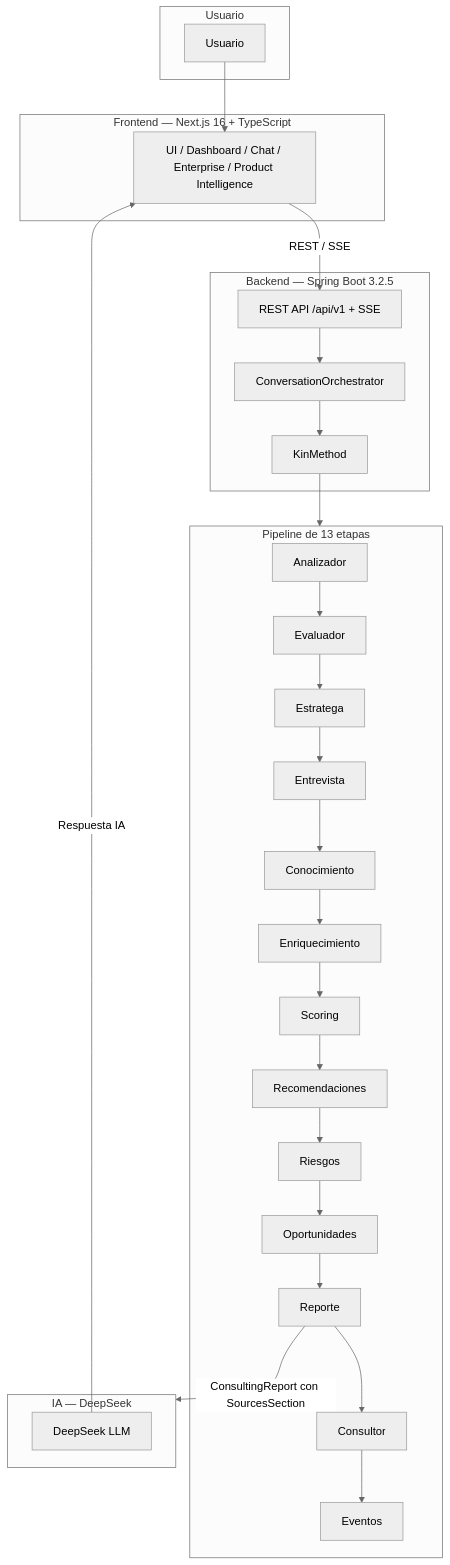
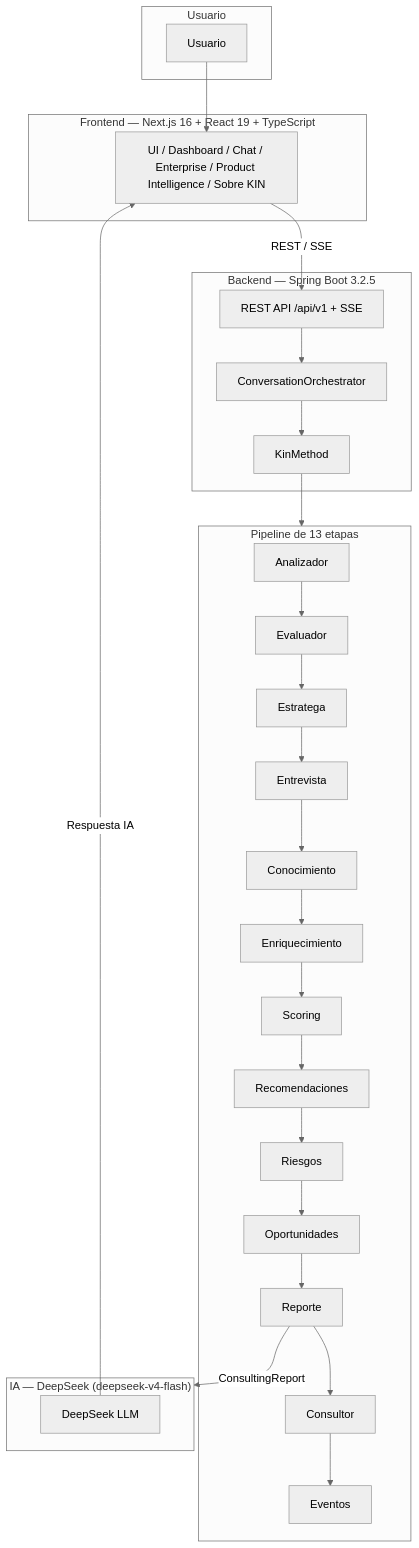
Before and after one commit to LuisAIDev/kin-platform: the diagram in README.md, drawn with Mermaid (neutral theme). The commit also changed other lines of this file, not shown here.

Commit message:
docs: rewrite README as enterprise-grade technical showcase

````diff
--- a/README.md
+++ b/README.md
@@ -190,38 +233,38 @@
 ```mermaid
 flowchart TB
     subgraph Usuario
         U[Usuario]
     end
-    subgraph Frontend["Frontend — Next.js 16 + TypeScript"]
-        F[UI / Dashboard / Chat / Enterprise / Product Intelligence]
+    subgraph Frontend["Frontend — Next.js 16 + React 19 + TypeScript"]
+        F[UI / Dashboard / Chat / Enterprise / Product Intelligence / Sobre KIN]
     end
     subgraph Backend["Backend — Spring Boot 3.2.5"]
         REST[REST API /api/v1 + SSE]
         CO[ConversationOrchestrator]
         KM[KinMethod]
     end
     subgraph Pipeline["Pipeline de 13 etapas"]
         A[Analizador] --> B[Evaluador]
         B --> C[Estratega]
         C --> I[Entrevista]
         I --> K[Conocimiento]
         K --> E[Enriquecimiento]
         E --> S[Scoring]
         S --> R[Recomendaciones]
         R --> Ri[Riesgos]
         Ri --> O[Oportunidades]
         O --> Rep[Reporte]
         Rep --> Cons[Consultor]
         Cons --> Ev[Eventos]
     end
-    subgraph IA["IA — DeepSeek"]
+    subgraph IA["IA — DeepSeek (deepseek-v4-flash)"]
         LLM[DeepSeek LLM]
     end
     U --> F
     F -->|REST / SSE| REST
     REST --> CO
     CO --> KM
     KM --> Pipeline
-    Rep -->|ConsultingReport con SourcesSection| IA
+    Rep -->|ConsultingReport| IA
     LLM -->|Respuesta IA| F
 ```
````
